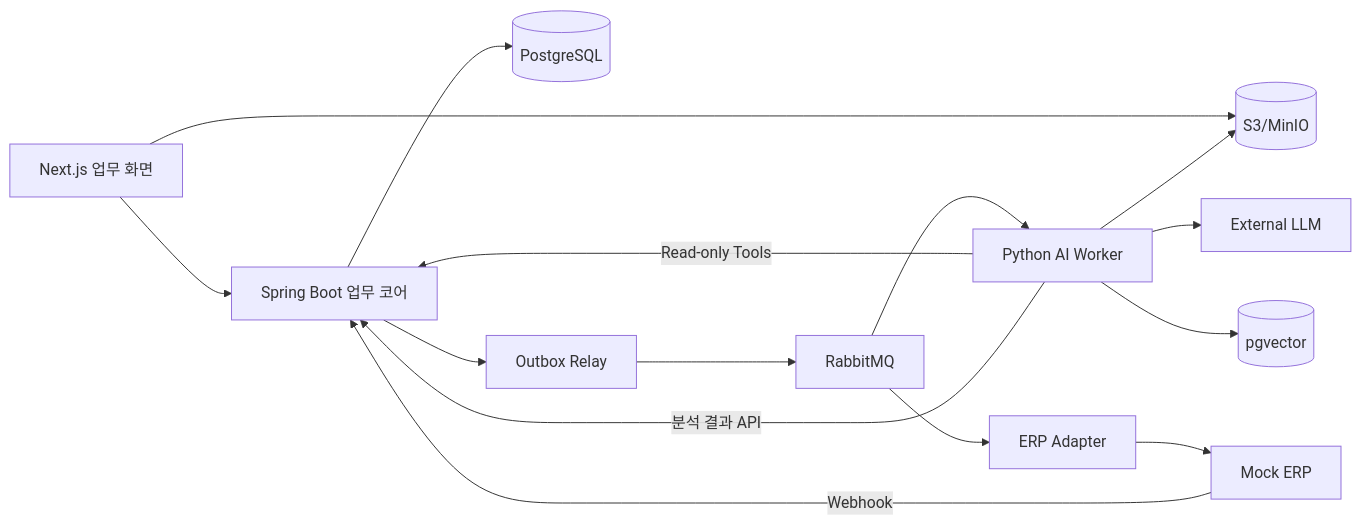
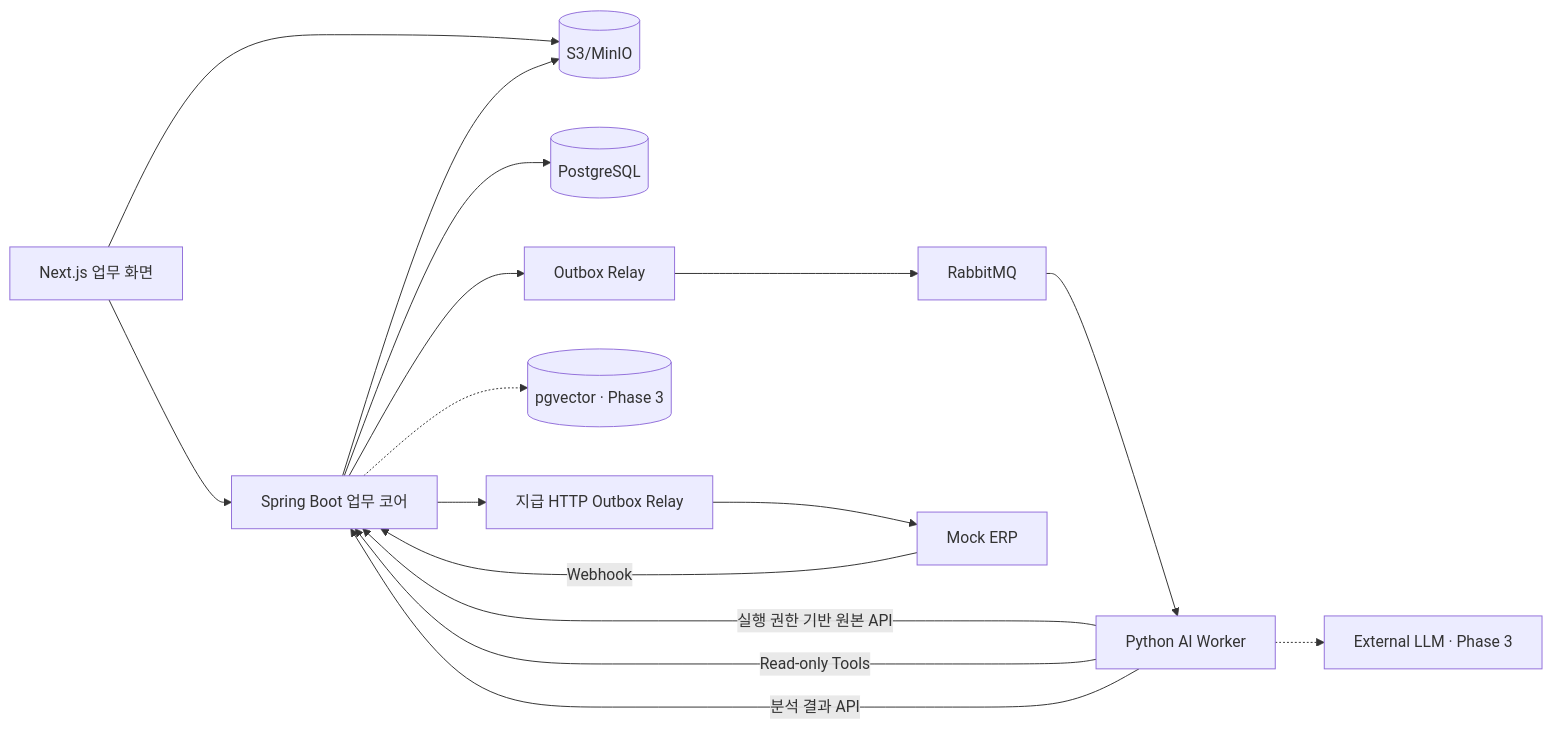
One commit to mxxdone/invoice-match changed the second of 2 diagrams in project-docs/Spec.md. Above: the diagram before and after it, drawn with Mermaid. The commit also changed other lines of this file and 6 other files, not shown here.

````diff
--- a/project-docs/Spec.md
+++ b/project-docs/Spec.md
@@ -450,17 +450,18 @@
 ```mermaid
 flowchart LR
     U[Next.js 업무 화면] --> S[Spring Boot 업무 코어]
     U --> O[(S3/MinIO)]
     S --> P[(PostgreSQL)]
     S --> X[Outbox Relay]
     X --> R[RabbitMQ]
     R --> W[Python AI Worker]
-    W --> O
-    W --> L[External LLM]
-    W --> V[(pgvector)]
+    S --> O
+    W -->|실행 권한 기반 원본 API| S
+    W -.-> L[External LLM · Phase 3]
+    S -.-> V[(pgvector · Phase 3)]
     W -->|Read-only Tools| S
     W -->|분석 결과 API| S
-    R --> E[ERP Adapter]
+    S --> E[지급 HTTP Outbox Relay]
     E --> M[Mock ERP]
     M -->|Webhook| S
 ```
````
